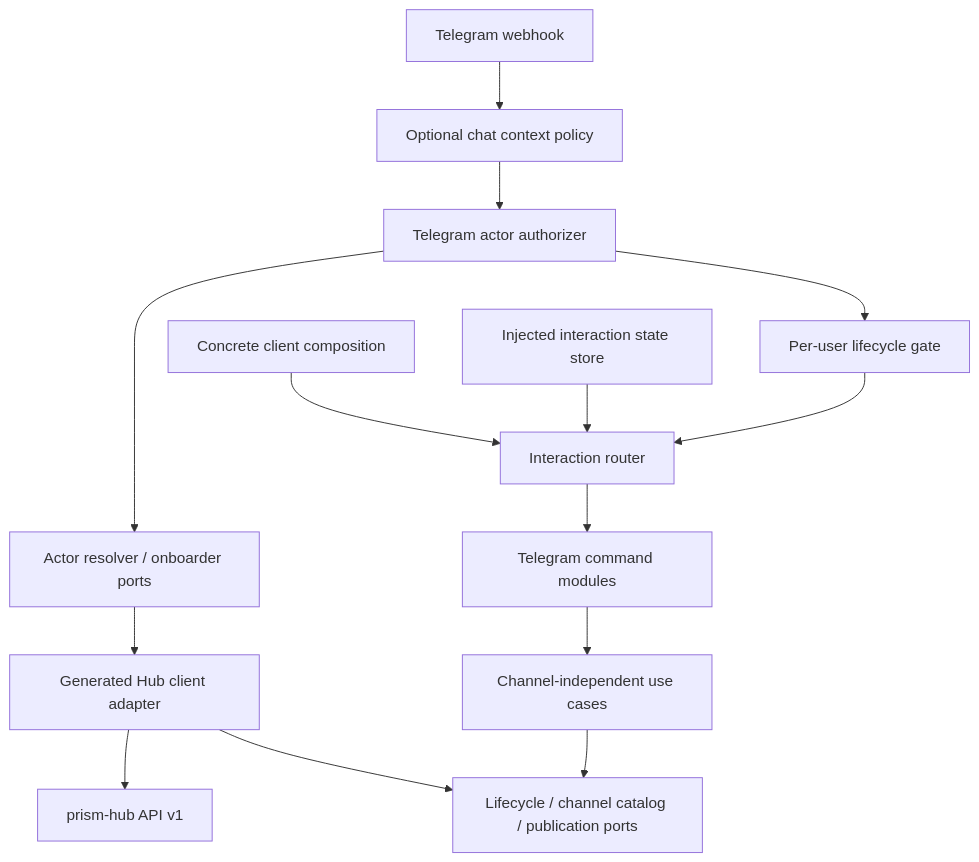
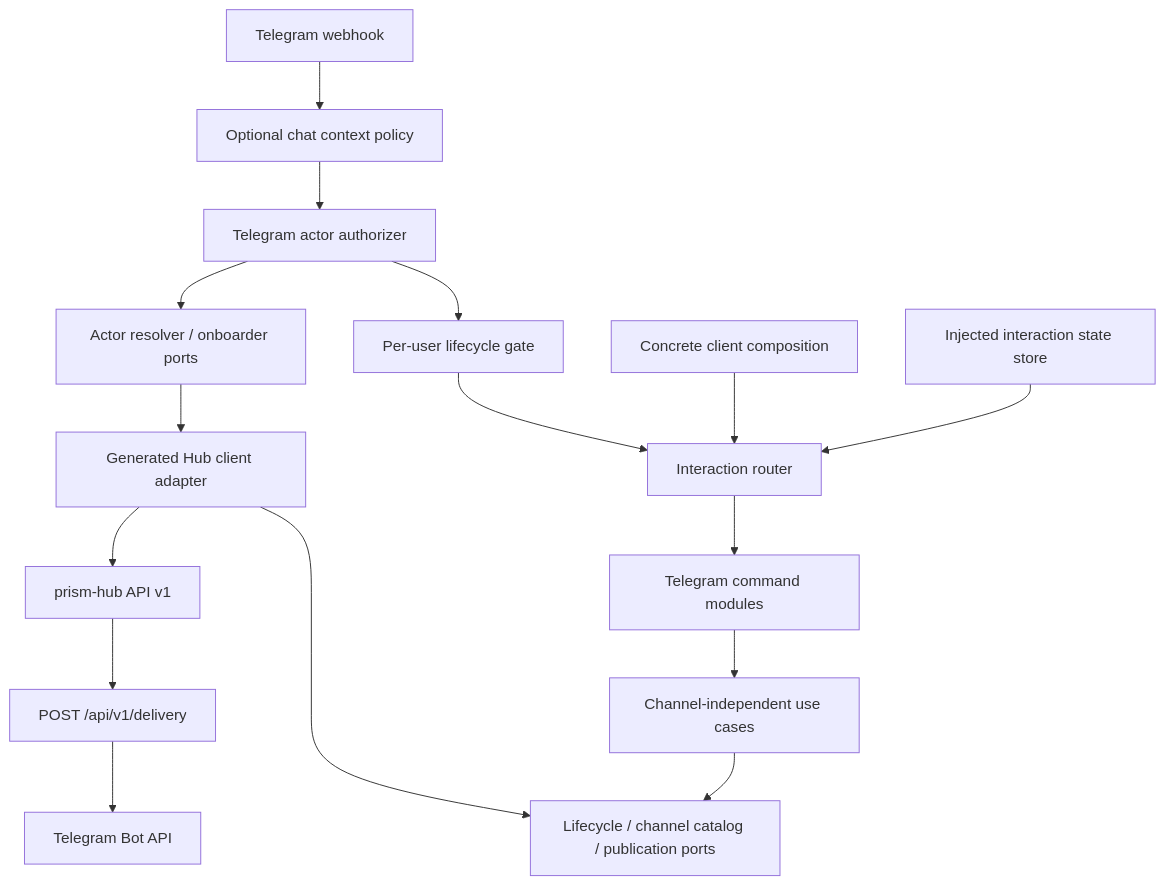
One commit to aiaiaiai-org/prism-bot changed the diagram in README.md. Above: the diagram before and after it, drawn with Mermaid. The commit also changed other lines of this file, not shown here.

Commit message:
docs: document Hub-to-bot delivery boundary

````diff
--- a/README.md
+++ b/README.md
@@ -28,16 +29,18 @@
 ```mermaid
 flowchart TD
     Telegram["Telegram webhook"] --> Context["Optional chat context policy"]
     Context --> Actor["Telegram actor authorizer"]
     Actor --> Resolve["Actor resolver / onboarder ports"]
     Resolve --> HubAdapter["Generated Hub client adapter"]
     HubAdapter --> Hub["prism-hub API v1"]
     Actor --> Lifecycle["Per-user lifecycle gate"]
     Lifecycle --> Interaction["Interaction router"]
     Client["Concrete client composition"] --> Interaction
     State["Injected interaction state store"] --> Interaction
     Interaction --> Commands["Telegram command modules"]
     Commands --> UseCases["Channel-independent use cases"]
     UseCases --> Ports["Lifecycle / channel catalog / publication ports"]
     HubAdapter --> Ports
+    Hub --> Delivery["POST /api/v1/delivery"]
+    Delivery --> TelegramAPI["Telegram Bot API"]
 ```
````
